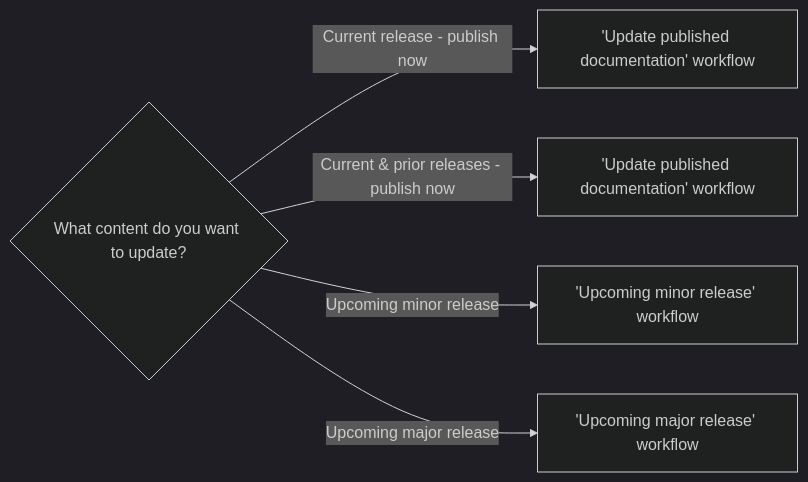
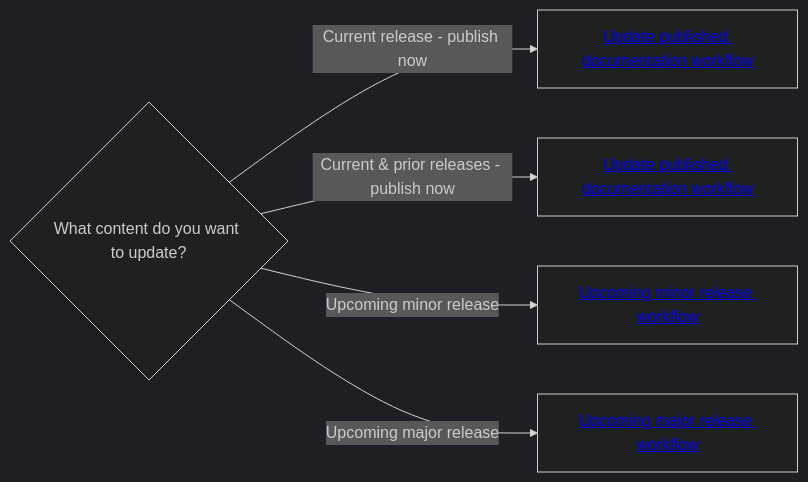
Before and after one commit to hashicorp/web-unified-docs: the diagram in docs/contribute.md, drawn with Mermaid (dark theme). The commit also changed other lines of this file, not shown here.

Commit message:
put hyperlinks in mermaid diagram

````diff
--- a/docs/contribute.md
+++ b/docs/contribute.md
@@ -56,8 +58,8 @@
 ```mermaid
 flowchart LR
   C{What content do you want to update?}
-    C -->|Current release - publish now| D['Update published documentation' workflow]
-     C -->|Current & prior releases - publish now| E['Update published documentation' workflow]
-    C -->|Upcoming minor release| F['Upcoming minor release' workflow]
-    C -->|Upcoming major release| G['Upcoming major release' workflow]
+    C -->|Current release - publish now| D[<a href='#update-published-documentation'>Update published documentation workflow</a>]
+     C -->|Current & prior releases - publish now| E[<a href='#update-published-documentation'>Update published documentation workflow</a>]
+    C -->|Upcoming minor release| F[<a href='#upcoming-minor-release-documentation'>Upcoming minor release workflow</a>]
+    C -->|Upcoming major release| G[<a href='#upcoming-major-release-documentation'>Upcoming major release workflow</a>]
 ```
````
